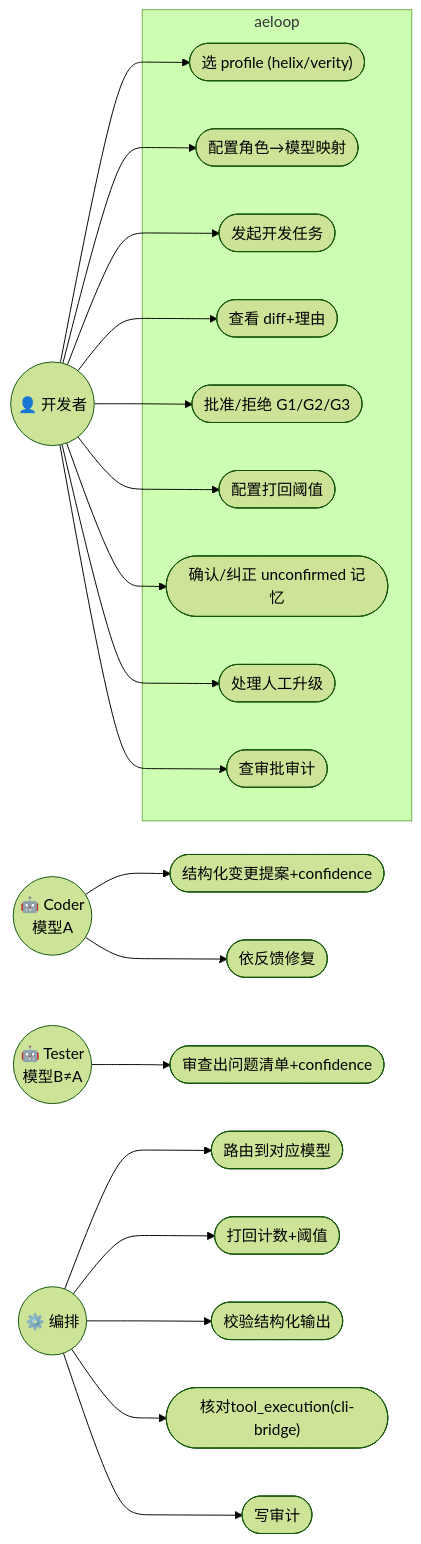
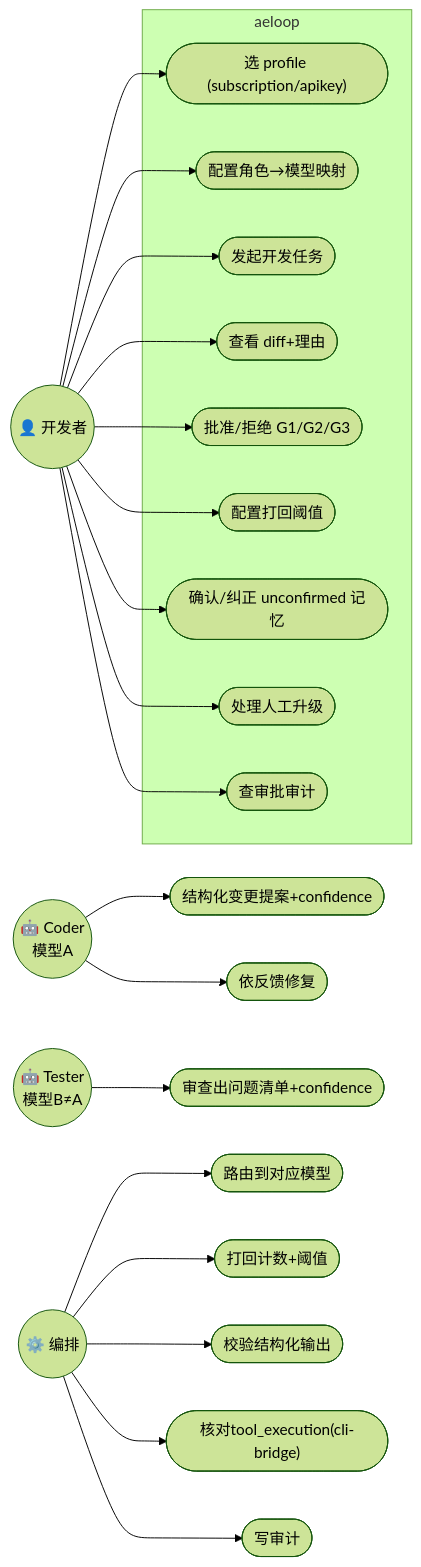
Before and after one commit to elishawong/aeloop: the third of 6 diagrams in docs/DESIGN.md, drawn with Mermaid (forest theme). The commit also changed other lines of this file and 22 other files, not shown here.

First line of the commit message:
refactor: profile helix/verity → subscription/apikey

````diff
--- a/docs/DESIGN.md
+++ b/docs/DESIGN.md
@@ -145,21 +145,21 @@
 ```mermaid
 flowchart LR
     Dev(("👤 开发者"))
     subgraph SYS["aeloop"]
-        UC1(["选 profile (helix/verity)"])
+        UC1(["选 profile (subscription/apikey)"])
         UC2(["配置角色→模型映射"])
         UC3(["发起开发任务"])
         UC4(["查看 diff+理由"])
         UC5(["批准/拒绝 G1/G2/G3"])
         UC6(["配置打回阈值"])
         UC7(["确认/纠正 unconfirmed 记忆"])
         UC8(["处理人工升级"])
         UC9(["查审批审计"])
     end
     Dev-->UC1 & UC2 & UC3 & UC4 & UC5 & UC6 & UC7 & UC8 & UC9
     Coder(("🤖 Coder\n模型A")); Tester(("🤖 Tester\n模型B≠A")); Orc(("⚙️ 编排"))
     Coder-->UC11(["结构化变更提案+confidence"])
     Coder-->UC12(["依反馈修复"])
     Tester-->UC13(["审查出问题清单+confidence"])
     Orc-->UC15(["路由到对应模型"]) & UC16(["打回计数+阈值"]) & UC17(["校验结构化输出"]) & UC18(["核对tool_execution(cli-bridge)"]) & UC19(["写审计"])
 ```
````
